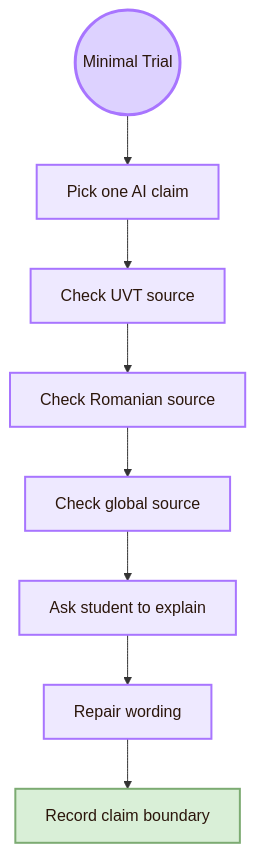
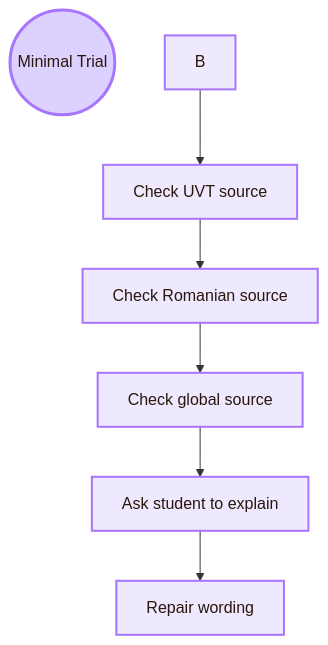
Before and after one commit to andreitegzes06-ui/CogniShire: the tenth of 12 diagrams in 01_Core_Area_HCI/001_Subareas/05_Human_AI_Interaction/Local and Global.md, drawn with Mermaid. The commit also changed other lines of this file and 131 other files, not shown here.

````diff
--- a/01_Core_Area_HCI/001_Subareas/05_Human_AI_Interaction/Local and Global.md
+++ b/01_Core_Area_HCI/001_Subareas/05_Human_AI_Interaction/Local and Global.md
@@ -452,20 +430,18 @@
 ```mermaid
 flowchart TB
     A((Minimal Trial))
 
-    A --> B[Pick one AI claim]
     B --> C[Check UVT source]
     C --> D[Check Romanian source]
     D --> E[Check global source]
     E --> F[Ask student to explain]
     F --> G[Repair wording]
-    G --> H[Record claim boundary]
 
     classDef center fill:#ddd2ff,stroke:#a875ff,color:#2b160b,stroke-width:3px;
     classDef node fill:#eee9ff,stroke:#a875ff,color:#2b160b,stroke-width:2px;
     classDef final fill:#d9efd7,stroke:#7cab72,color:#2b160b,stroke-width:2px;
 
     class A center;
     class B,C,D,E,F,G node;
     class H final;
 ```
````
